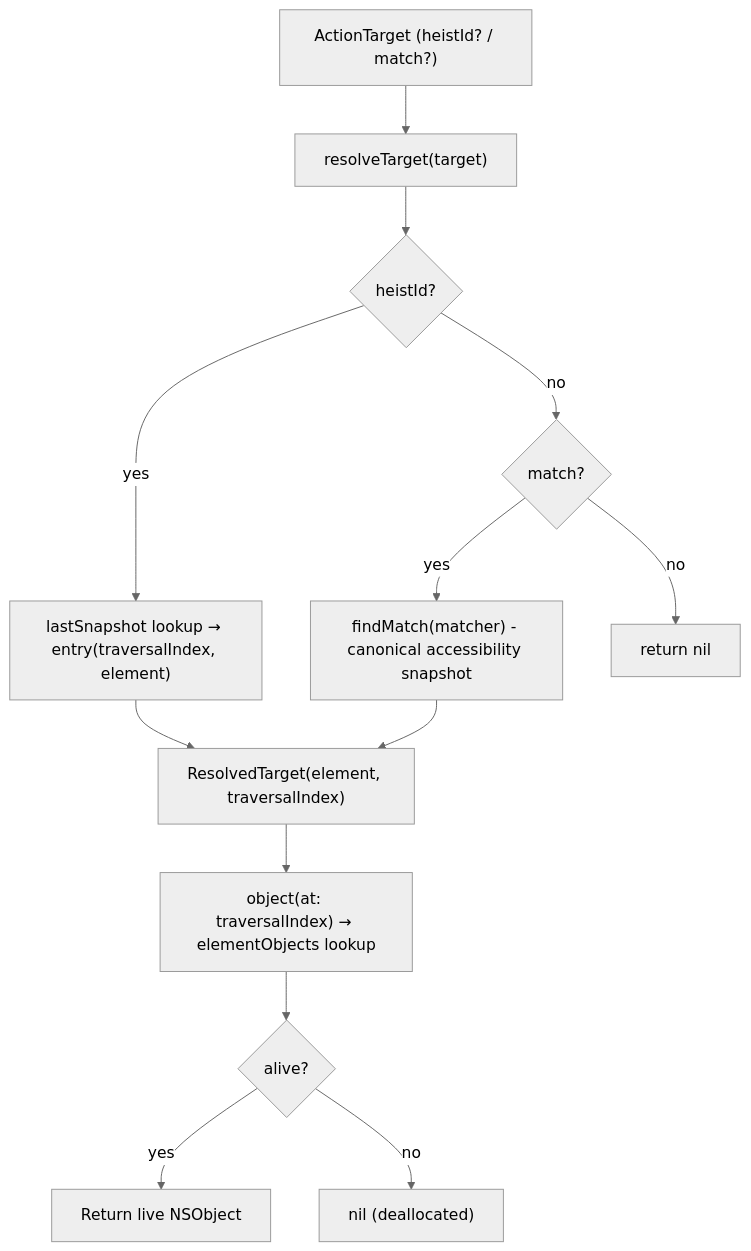
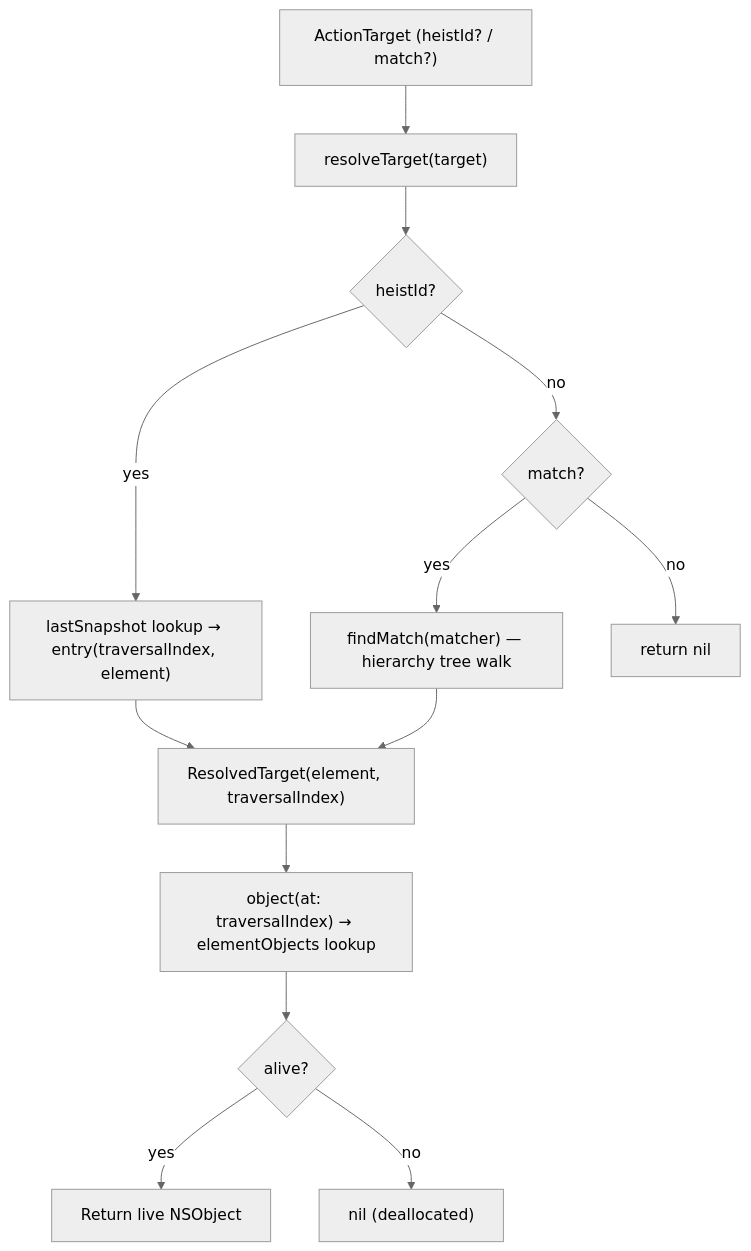
One commit to RoyalPineapple/TheButtonHeist changed the second of 4 diagrams in docs/dossiers/13-THEBAGMAN.md. Above: the diagram before and after it, drawn with Mermaid (neutral theme). The commit also changed other lines of this file and 20 other files, not shown here.

First line of the commit message:
Simplify snapshot architecture, add wait_for CLI, settle-driven polling

````diff
--- a/docs/dossiers/13-THEBAGMAN.md
+++ b/docs/dossiers/13-THEBAGMAN.md
@@ -85,17 +85,17 @@
 ```mermaid
 flowchart TD
     Target["ActionTarget (heistId? / match?)"]
     Target --> ResolveTarget["resolveTarget(target)"]
     ResolveTarget --> ByHeistId{heistId?}
     ByHeistId -->|yes| SearchHeistId["lastSnapshot lookup → entry(traversalIndex, element)"]
     ByHeistId -->|no| ByMatch{match?}
-    ByMatch -->|yes| FindMatch["findMatch(matcher) - canonical accessibility snapshot"]
+    ByMatch -->|yes| FindMatch["findMatch(matcher) — hierarchy tree walk"]
     ByMatch -->|no| Nil["return nil"]
     SearchHeistId --> Result["ResolvedTarget(element, traversalIndex)"]
     FindMatch --> Result
 
     Result --> LiveObj["object(at: traversalIndex) → elementObjects lookup"]
     LiveObj --> Alive{alive?}
     Alive -->|yes| Use["Return live NSObject"]
     Alive -->|no| Stale["nil (deallocated)"]
 ```
````
